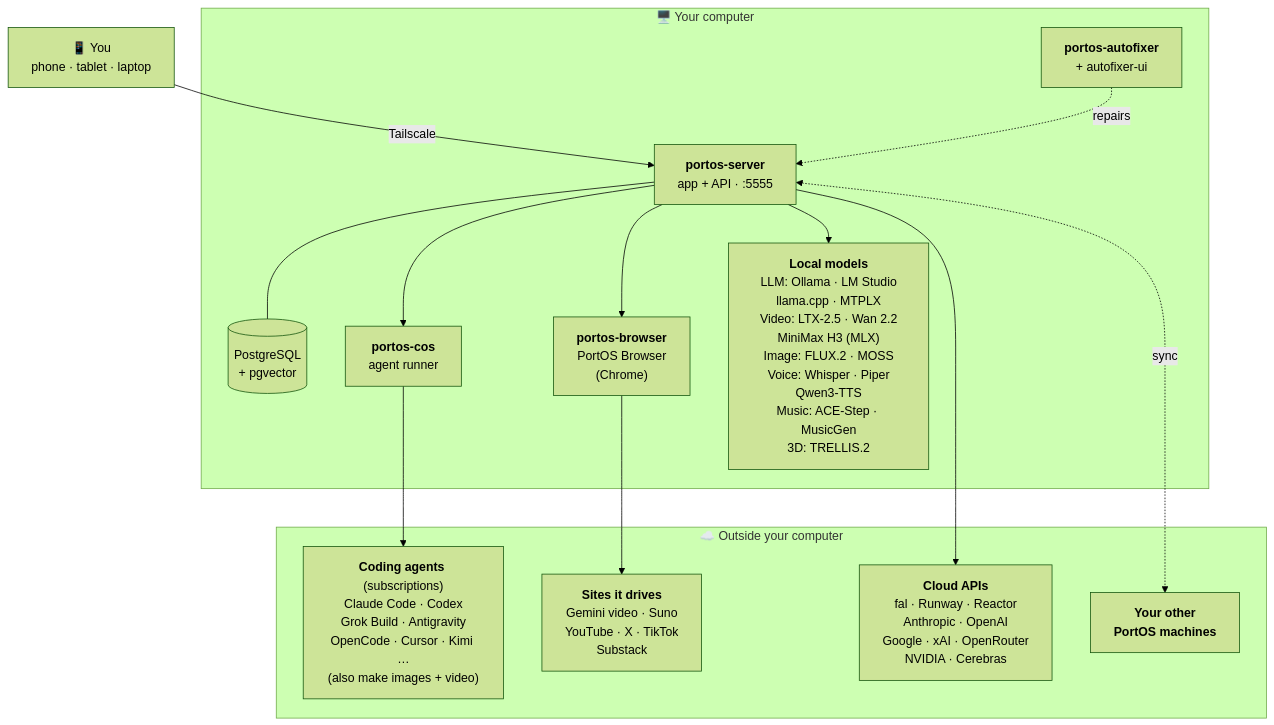
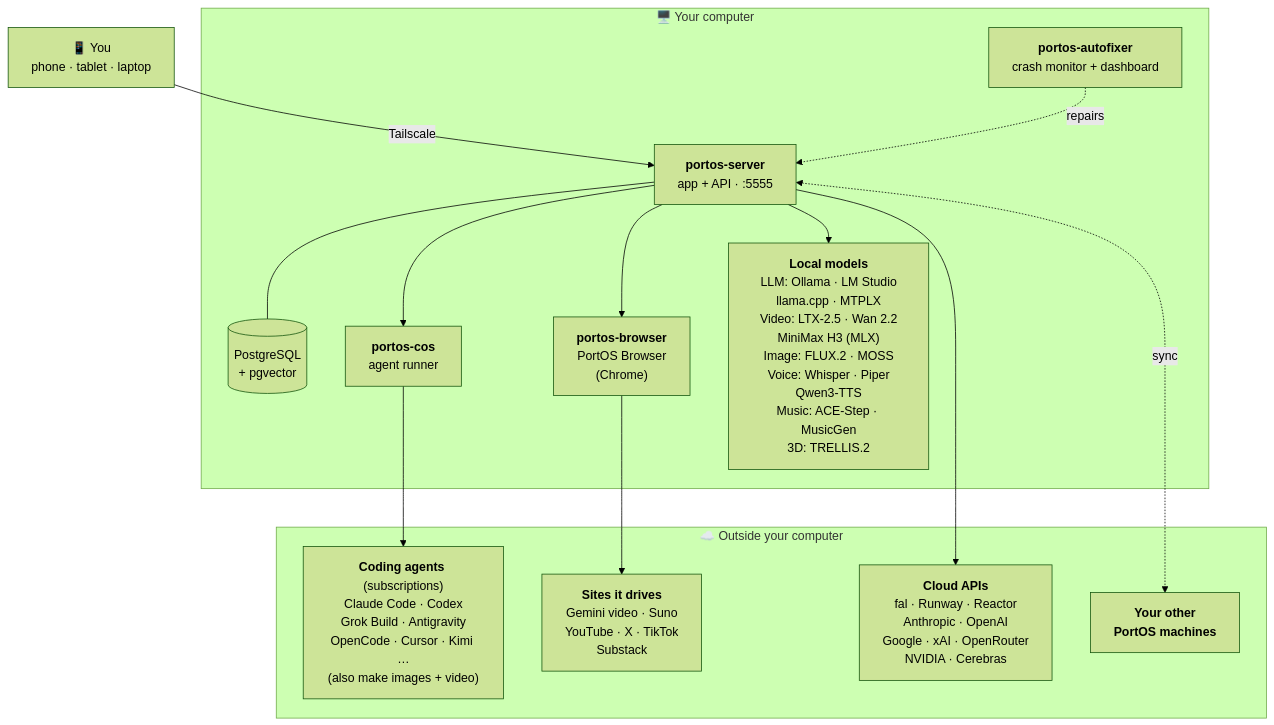
One commit to atomantic/PortOS changed the diagram in README.md. Above: the diagram before and after it, drawn with Mermaid (forest theme). The commit also changed other lines of this file and 3 other files, not shown here.

````diff
--- a/README.md
+++ b/README.md
@@ -37,31 +37,31 @@
 ```mermaid
 flowchart TB
   you["📱 You<br/>phone · tablet · laptop"]
 
   subgraph mac["🖥️ Your computer"]
     server["<b>portos-server</b><br/>app + API · :5555"]
     db[("PostgreSQL<br/>+ pgvector")]
     cos["<b>portos-cos</b><br/>agent runner"]
     browser["<b>portos-browser</b><br/>PortOS Browser<br/>(Chrome)"]
-    fixer["<b>portos-autofixer</b><br/>+ autofixer-ui"]
+    fixer["<b>portos-autofixer</b><br/>crash monitor + dashboard"]
     local["<b>Local models</b><br/>LLM: Ollama · LM Studio<br/>llama.cpp · MTPLX<br/>Video: LTX-2.5 · Wan 2.2<br/>MiniMax H3 (MLX)<br/>Image: FLUX.2 · MOSS<br/>Voice: Whisper · Piper<br/>Qwen3-TTS<br/>Music: ACE-Step · MusicGen<br/>3D: TRELLIS.2"]
   end
 
   subgraph out["☁️ Outside your computer"]
     agents["<b>Coding agents</b> (subscriptions)<br/>Claude Code · Codex<br/>Grok Build · Antigravity<br/>OpenCode · Cursor · Kimi …<br/>(also make images + video)"]
     web["<b>Sites it drives</b><br/>Gemini video · Suno<br/>YouTube · X · TikTok<br/>Substack"]
     apis["<b>Cloud APIs</b><br/>fal · Runway · Reactor<br/>Anthropic · OpenAI<br/>Google · xAI · OpenRouter<br/>NVIDIA · Cerebras"]
     peers["<b>Your other<br/>PortOS machines</b>"]
   end
 
   you -- Tailscale --> server
   fixer -. repairs .-> server
   server --- db
   server --> cos
   server --> browser
   server --> local
   cos --> agents
   browser --> web
   server --> apis
   server <-. sync .-> peers
 ```
````
